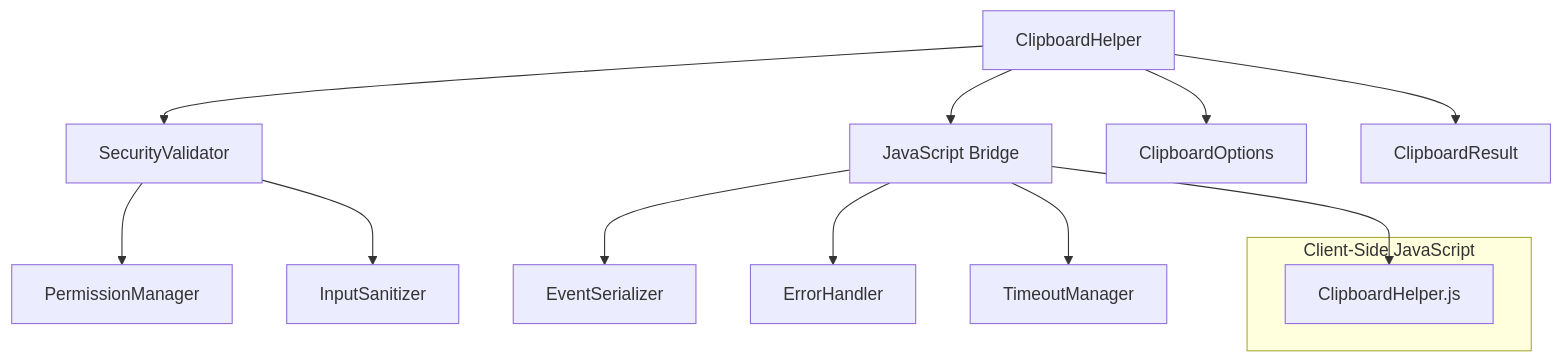
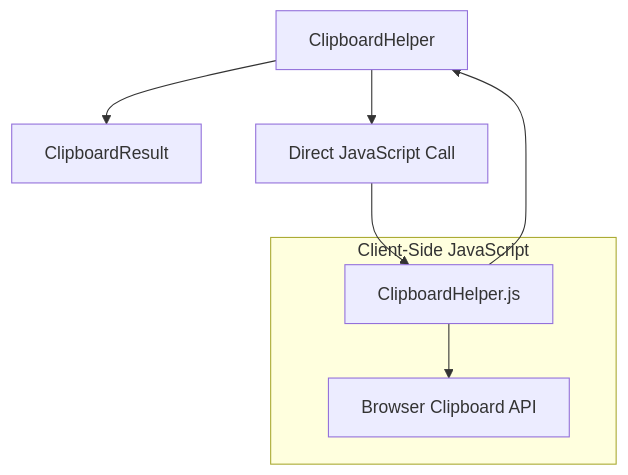
The first of 2 diagrams in task/clipboard-system-architecture.md (zkoss-demo/browser-kit), drawn with Mermaid before and after one commit. The commit also changed other lines of this file and 2 other files, not shown here.

Commit message:
make zul as a optional dependency to avoid affecting the app that includes browser-kit

````diff
--- a/task/clipboard-system-architecture.md
+++ b/task/clipboard-system-architecture.md
@@ -39,21 +37,14 @@
 ```mermaid
 graph TB
-    A[ClipboardHelper] --> B[SecurityValidator]
-    A --> D[JavaScript Bridge]
-    
-    B --> F[PermissionManager]
-    B --> G[InputSanitizer]
-    
-    D --> J[EventSerializer]
-    D --> K[ErrorHandler]
-    D --> L[TimeoutManager]
-    
-    A --> M[ClipboardOptions]
-    A --> N[ClipboardResult]
+    A[ClipboardHelper] --> M[ClipboardResult]
+    A --> N[Direct JavaScript Call]
     
     subgraph "Client-Side JavaScript"
         O[ClipboardHelper.js]
+        P[Browser Clipboard API]
     end
     
-    D --> O
+    N --> O
+    O --> P
+    O --> A
 ```
````
